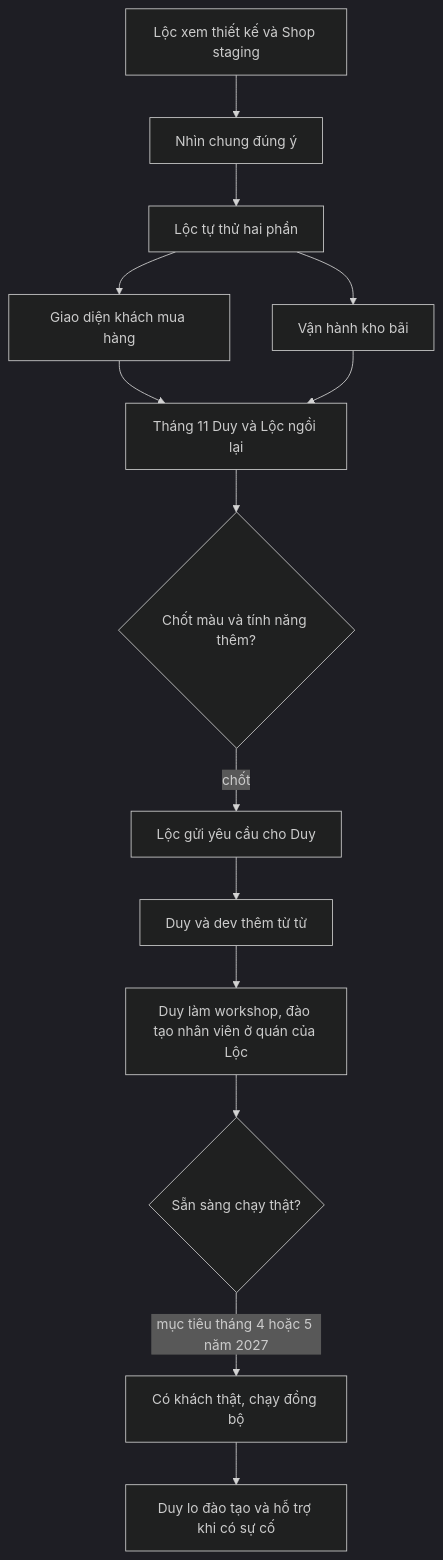
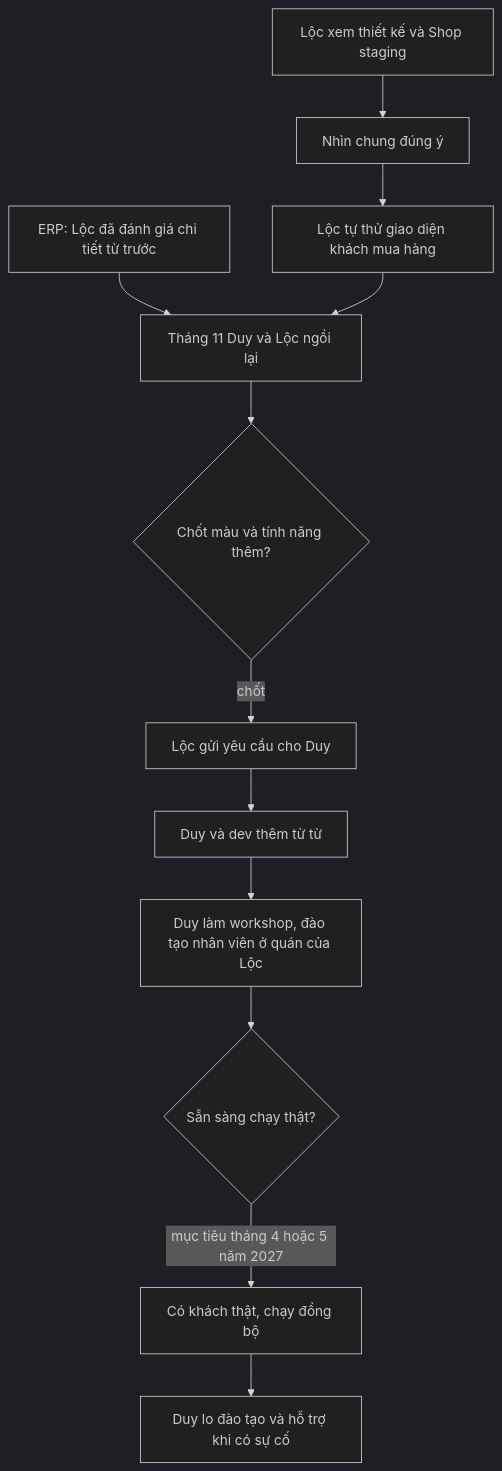
Before and after one commit to DuyduyFedev46/fish: the diagram in doc/features/2026-10-27-danh-gia-cua-loc/00-bien-ban.md, drawn with Mermaid (dark theme). The commit also changed other lines of this file, not shown here.

Commit message:
doc: ghi ERP Lộc đã đánh giá chi tiết, trước tháng 11 chủ yếu còn thử Shop
Claude-Session: https://claude.ai/code/session_0138SACiZXV6PB9w7KDwSvfF

````diff
--- a/doc/features/2026-10-27-danh-gia-cua-loc/00-bien-ban.md
+++ b/doc/features/2026-10-27-danh-gia-cua-loc/00-bien-ban.md
@@ -5,16 +5,14 @@
 ```mermaid
 flowchart TD
   A["Lộc xem thiết kế và Shop staging"] --> B["Nhìn chung đúng ý"]
-  B --> C["Lộc tự thử hai phần"]
-  C --> C1["Giao diện khách mua hàng"]
-  C --> C2["Vận hành kho bãi"]
-  C1 --> D["Tháng 11 Duy và Lộc ngồi lại"]
-  C2 --> D
+  B --> C["Lộc tự thử giao diện khách mua hàng"]
+  R["ERP: Lộc đã đánh giá chi tiết từ trước"] --> D
+  C --> D["Tháng 11 Duy và Lộc ngồi lại"]
   D --> E{"Chốt màu và tính năng thêm?"}
   E -- "chốt" --> F["Lộc gửi yêu cầu cho Duy"]
   F --> G["Duy và dev thêm từ từ"]
   G --> H["Duy làm workshop, đào tạo nhân viên ở quán của Lộc"]
   H --> I{"Sẵn sàng chạy thật?"}
   I -- "mục tiêu tháng 4 hoặc 5 năm 2027" --> J["Có khách thật, chạy đồng bộ"]
   J --> K["Duy lo đào tạo và hỗ trợ khi có sự cố"]
 ```
````
